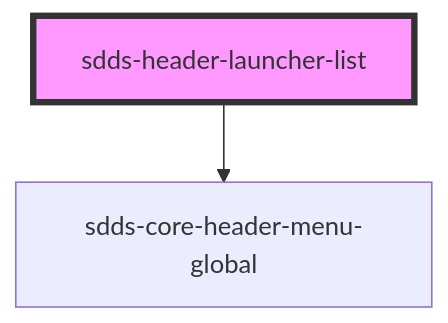
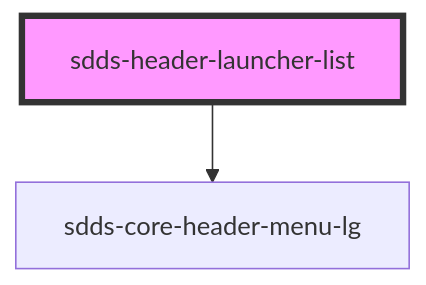
Before and after one commit to scania-digital-design-system/sdds: the diagram in tegel/src/components/header/webcomponent/header-launcher-list/readme.md, drawn with Mermaid. The commit also changed other lines of this file and 45 other files, not shown here.

````diff
--- a/tegel/src/components/header/webcomponent/header-launcher-list/readme.md
+++ b/tegel/src/components/header/webcomponent/header-launcher-list/readme.md
@@ -15,5 +15,5 @@
 ```mermaid
 graph TD;
-  sdds-header-launcher-list --> sdds-core-header-menu-global
+  sdds-header-launcher-list --> sdds-core-header-menu-lg
   style sdds-header-launcher-list fill:#f9f,stroke:#333,stroke-width:4px
 ```
````
